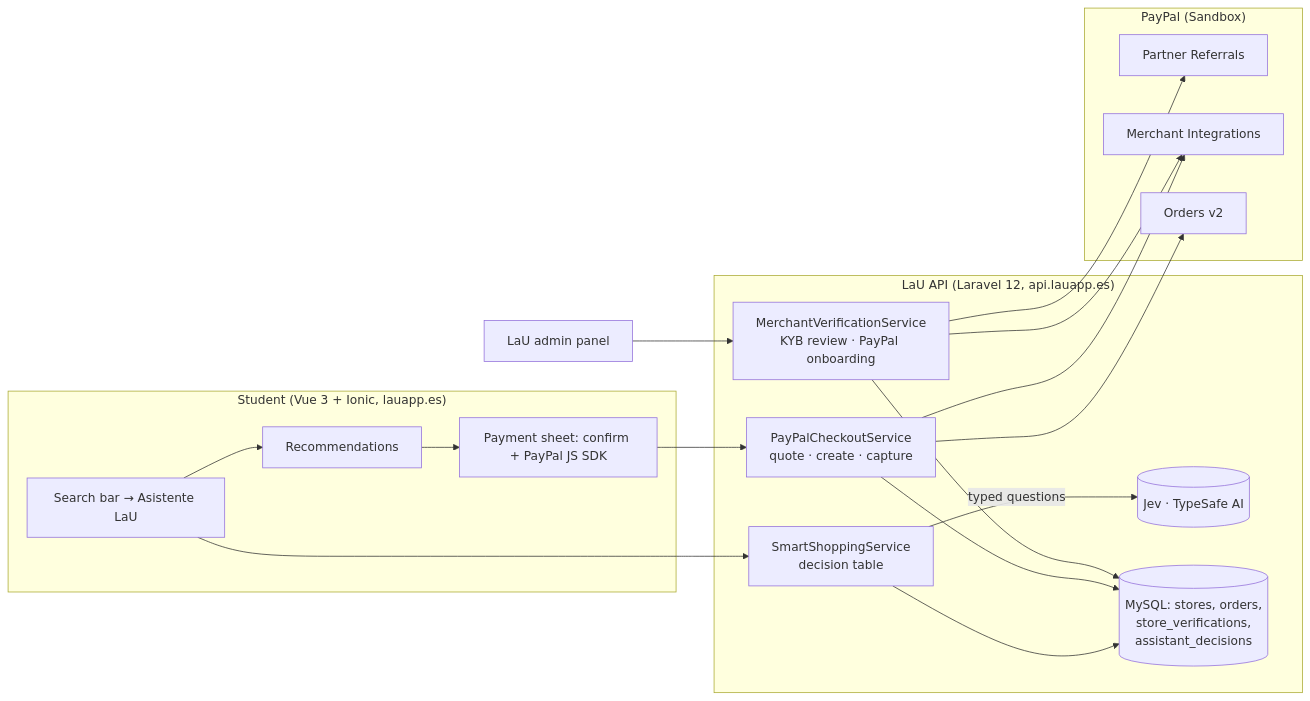
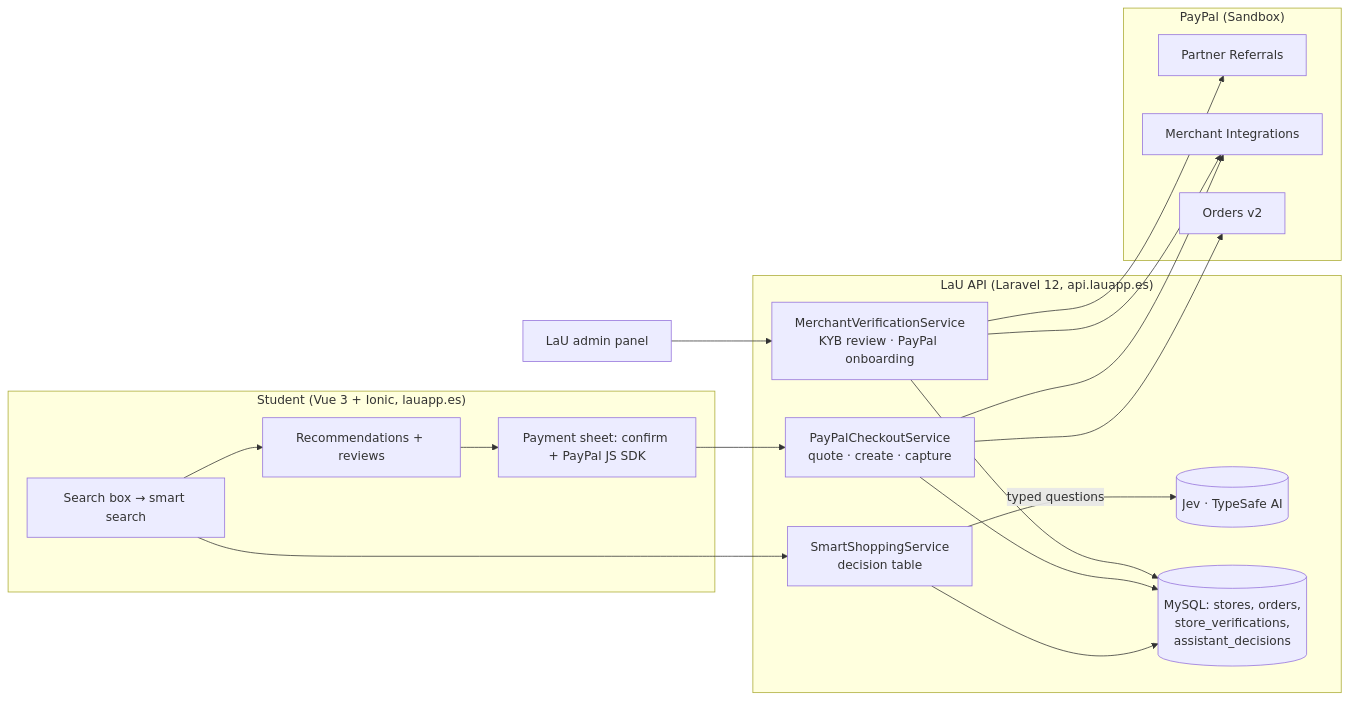
Before and after one commit to LaU-app/LaU: the diagram in HACKATHON.md, drawn with Mermaid. The commit also changed other lines of this file and 11 other files, not shown here.

````diff
--- a/HACKATHON.md
+++ b/HACKATHON.md
@@ -81,25 +87,25 @@
 ```mermaid
 flowchart LR
   subgraph Student["Student (Vue 3 + Ionic, lauapp.es)"]
-    A[Search bar → Asistente LaU] --> B[Recommendations]
+    A[Search box → smart search] --> B[Recommendations + reviews]
     B --> C[Payment sheet: confirm + PayPal JS SDK]
   end
   subgraph API["LaU API (Laravel 12, api.lauapp.es)"]
     D[SmartShoppingService<br/>decision table] -->|typed questions| J[(Jev · TypeSafe AI)]
     E[PayPalCheckoutService<br/>quote · create · capture]
     F[MerchantVerificationService<br/>KYB review · PayPal onboarding]
     G[(MySQL: stores, orders,<br/>store_verifications,<br/>assistant_decisions)]
   end
   subgraph PP["PayPal (Sandbox)"]
     P1[Partner Referrals]
     P2[Merchant Integrations]
     P3[Orders v2]
   end
   A --> D
   C --> E --> P3
   E --> P2
   F --> P1
   F --> P2
   Admin[LaU admin panel] --> F
   D & E & F --> G
 ```
````
